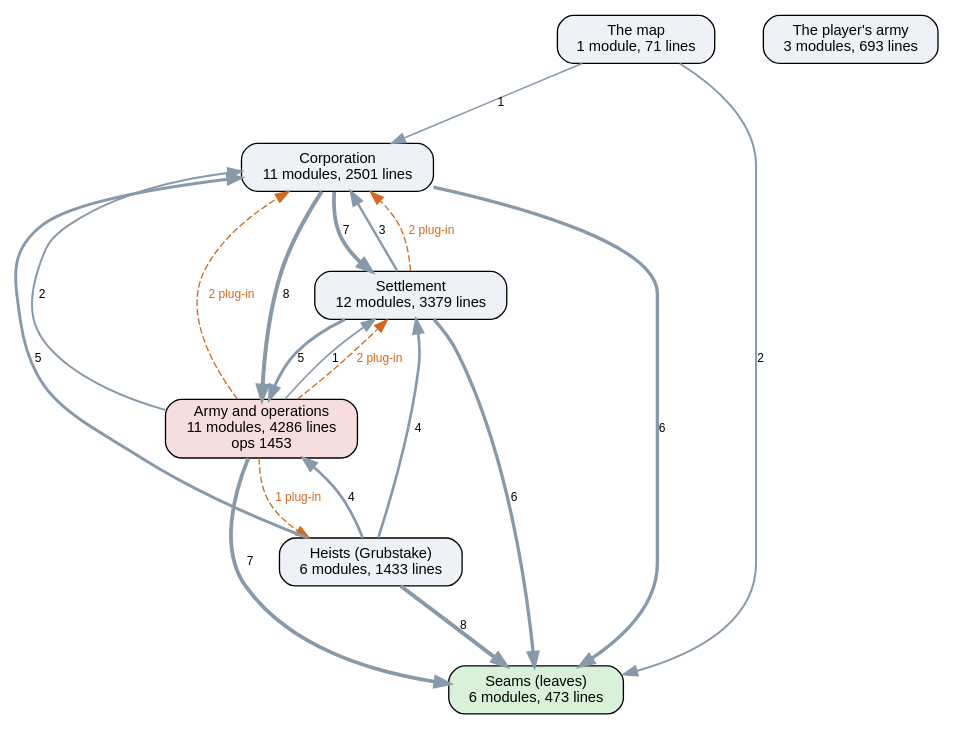
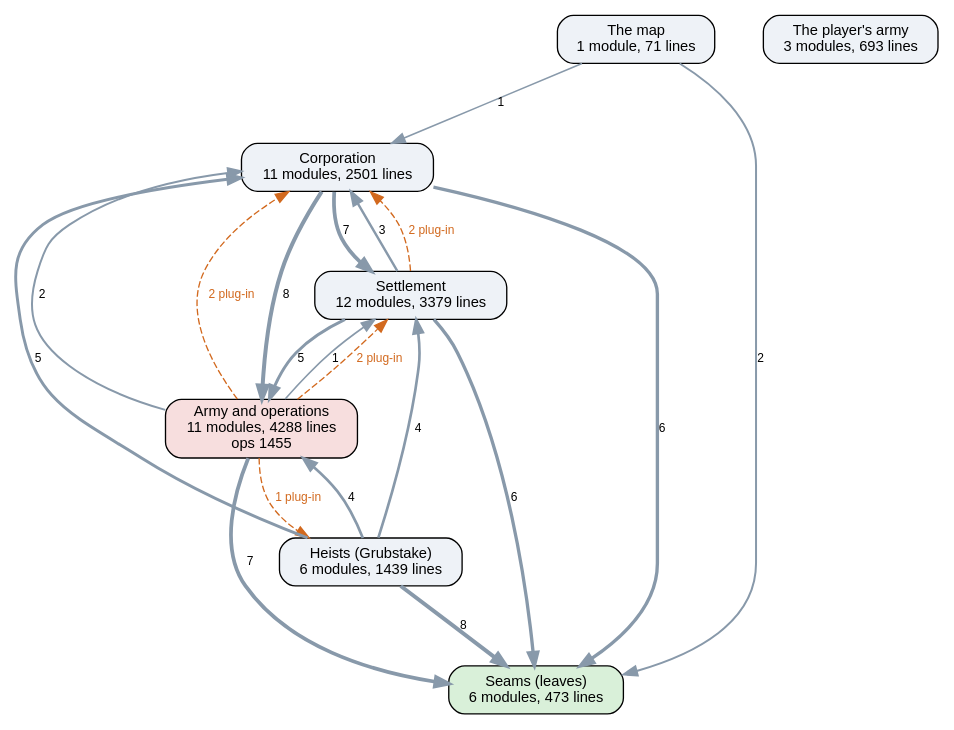
The diagram in docs/ai-layers.dot (kinelhu/landing-party), drawn with Graphviz before and after one commit. The commit also changed 9 other files, not shown here.

```diff
--- a/docs/ai-layers.dot
+++ b/docs/ai-layers.dot
@@ -1,31 +1,31 @@
 digraph layers {
   graph [rankdir=TB, fontname="Helvetica", nodesep=0.5, ranksep=0.7];
   node [shape=box, style="rounded,filled", fontname="Helvetica", fontsize=11, fillcolor="#eef2f7"];
   edge [color="#8899aa", fontname="Helvetica", fontsize=9];
   "Seams (leaves)" [label="Seams (leaves)\n6 modules, 473 lines", fillcolor="#d9f0d9"];
   "Corporation" [label="Corporation\n11 modules, 2501 lines", fillcolor="#eef2f7"];
   "Settlement" [label="Settlement\n12 modules, 3379 lines", fillcolor="#eef2f7"];
-  "Army and operations" [label="Army and operations\n11 modules, 4286 lines\nops 1453", fillcolor="#f7dede"];
-  "Heists (Grubstake)" [label="Heists (Grubstake)\n6 modules, 1433 lines", fillcolor="#eef2f7"];
+  "Army and operations" [label="Army and operations\n11 modules, 4288 lines\nops 1455", fillcolor="#f7dede"];
+  "Heists (Grubstake)" [label="Heists (Grubstake)\n6 modules, 1439 lines", fillcolor="#eef2f7"];
   "The map" [label="The map\n1 module, 71 lines", fillcolor="#eef2f7"];
   "The player's army" [label="The player's army\n3 modules, 693 lines", fillcolor="#eef2f7"];
   "Army and operations" -> "Corporation" [label="2", penwidth=1.5];
   "Army and operations" -> "Seams (leaves)" [label="7", penwidth=2.8];
   "Army and operations" -> "Settlement" [label="1", penwidth=1.2];
   "Corporation" -> "Army and operations" [label="8", penwidth=3.0];
   "Corporation" -> "Seams (leaves)" [label="6", penwidth=2.5];
   "Corporation" -> "Settlement" [label="7", penwidth=2.8];
   "Heists (Grubstake)" -> "Army and operations" [label="4", penwidth=2.0];
   "Heists (Grubstake)" -> "Corporation" [label="5", penwidth=2.2];
   "Heists (Grubstake)" -> "Seams (leaves)" [label="8", penwidth=3.0];
   "Heists (Grubstake)" -> "Settlement" [label="4", penwidth=2.0];
   "Settlement" -> "Army and operations" [label="5", penwidth=2.2];
   "Settlement" -> "Corporation" [label="3", penwidth=1.8];
   "Settlement" -> "Seams (leaves)" [label="6", penwidth=2.5];
   "The map" -> "Corporation" [label="1", penwidth=1.2];
   "The map" -> "Seams (leaves)" [label="2", penwidth=1.5];
   "Army and operations" -> "Corporation" [style=dashed, color="#d2691e", fontcolor="#d2691e", label="2 plug-in"];
   "Army and operations" -> "Heists (Grubstake)" [style=dashed, color="#d2691e", fontcolor="#d2691e", label="1 plug-in"];
   "Army and operations" -> "Settlement" [style=dashed, color="#d2691e", fontcolor="#d2691e", label="2 plug-in"];
   "Settlement" -> "Corporation" [style=dashed, color="#d2691e", fontcolor="#d2691e", label="2 plug-in"];
 }
```
